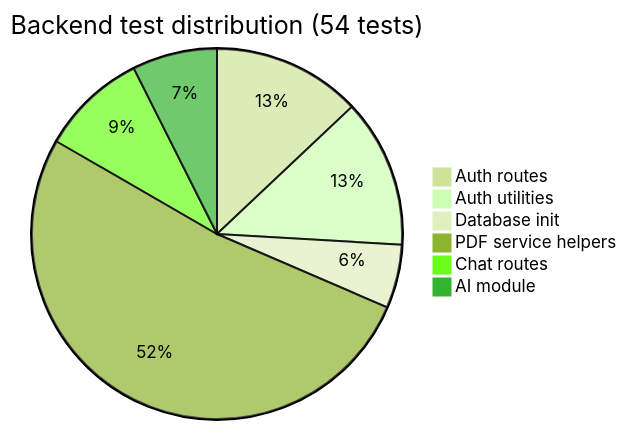
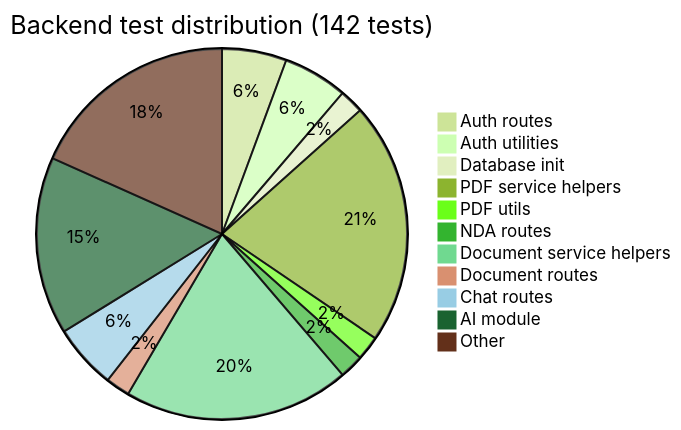
Before and after one commit to shaynemeyer/prelegal: the first of 6 diagrams in docs/test-coverage-report.md, drawn with Mermaid (forest theme). The commit also changed other lines of this file and 35 other files, not shown here.

````diff
--- a/docs/test-coverage-report.md
+++ b/docs/test-coverage-report.md
@@ -43,9 +46,14 @@
 ```mermaid
-pie title Backend test distribution (54 tests)
-    "Auth routes" : 7
-    "Auth utilities" : 7
+pie title Backend test distribution (142 tests)
+    "Auth routes" : 8
+    "Auth utilities" : 8
     "Database init" : 3
-    "PDF service helpers" : 28
-    "Chat routes" : 5
-    "AI module" : 4
+    "PDF service helpers" : 30
+    "PDF utils" : 3
+    "NDA routes" : 3
+    "Document service helpers" : 28
+    "Document routes" : 3
+    "Chat routes" : 8
+    "AI module" : 22
+    "Other" : 26
 ```
````
